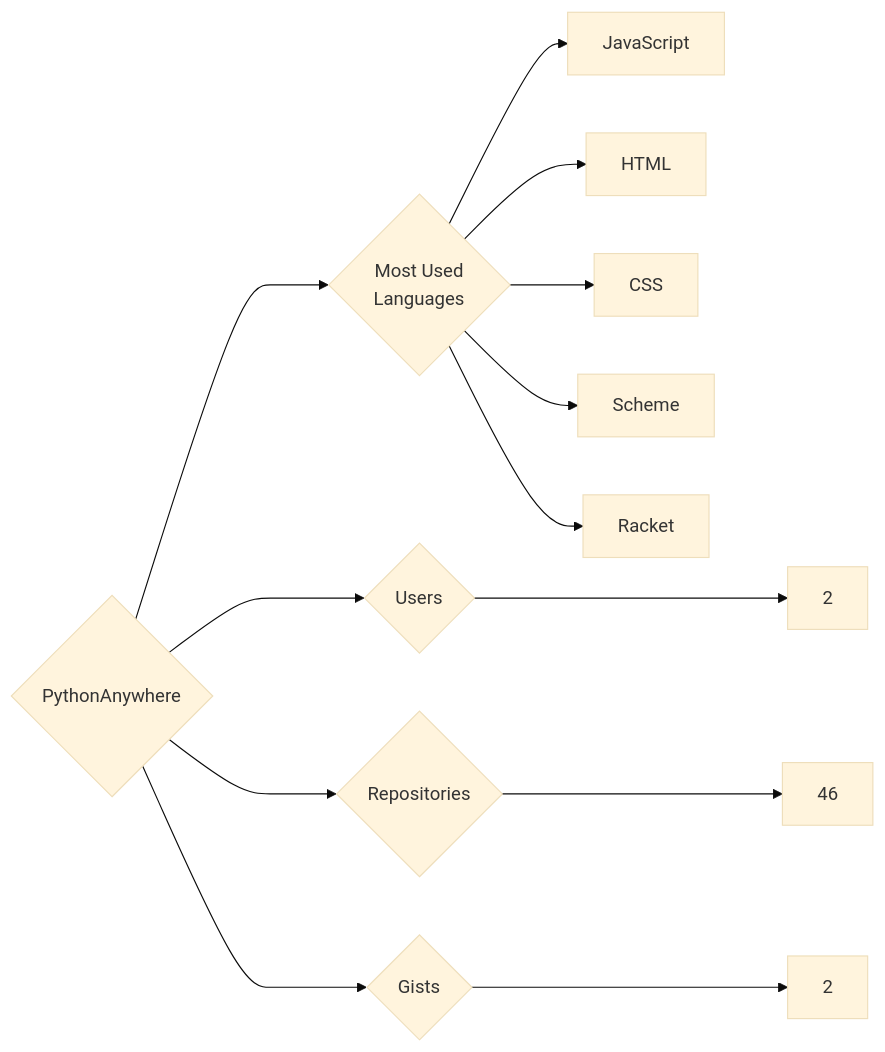
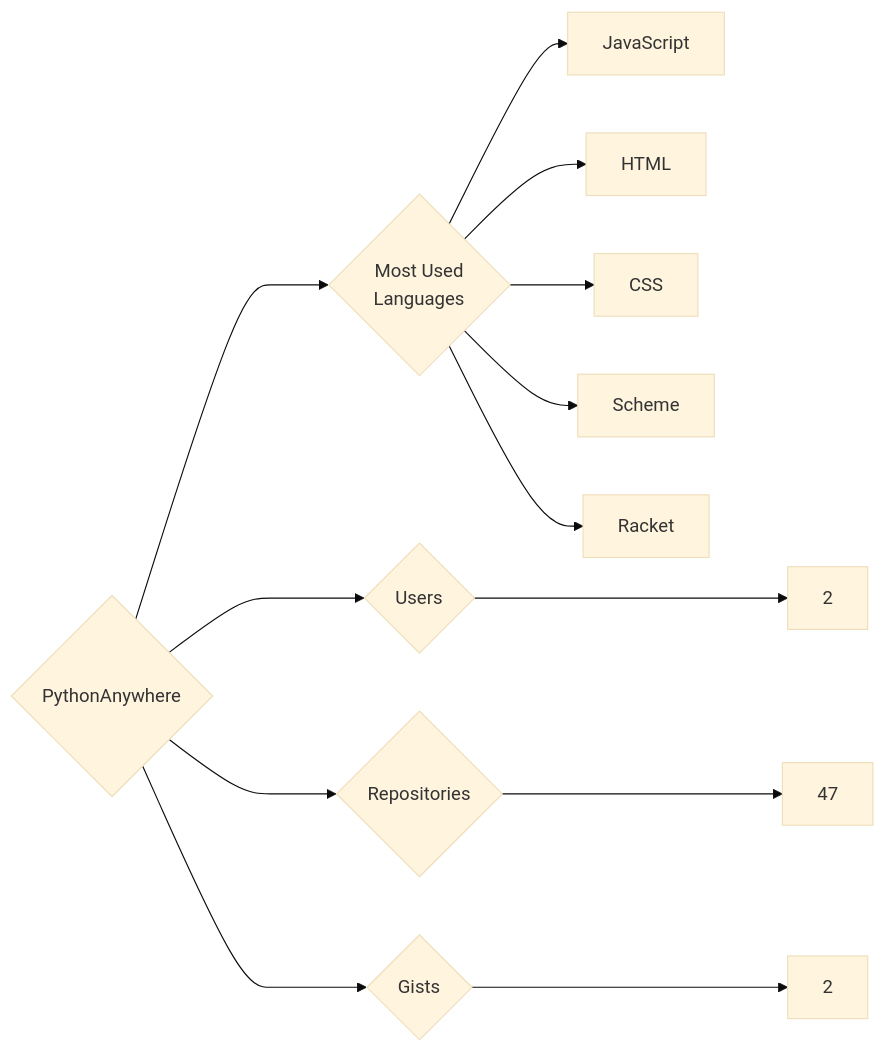
Before and after one commit to trickest/insiders: the diagram in targets/PythonAnywhere/README.md, drawn with Mermaid (base theme). The commit also changed 1011 other files, not shown here.

````diff
--- a/targets/PythonAnywhere/README.md
+++ b/targets/PythonAnywhere/README.md
@@ -3,13 +3,13 @@
 ```mermaid
 graph LR
 COMPANY_NAME{PythonAnywhere}
 COMPANY_NAME ---> U{Users} ---> UN[2]
-COMPANY_NAME ---> R{Repositories} ---> RN[46]
+COMPANY_NAME ---> R{Repositories} ---> RN[47]
 COMPANY_NAME ---> G{Gists} ---> GN[2]
 COMPANY_NAME ---> ML{Most Used<br>Languages}
 ML --> JavaScript[JavaScript]
 ML --> HTML[HTML]
 ML --> CSS[CSS]
 ML --> Scheme[Scheme]
 ML --> Racket[Racket]
 ```
````
